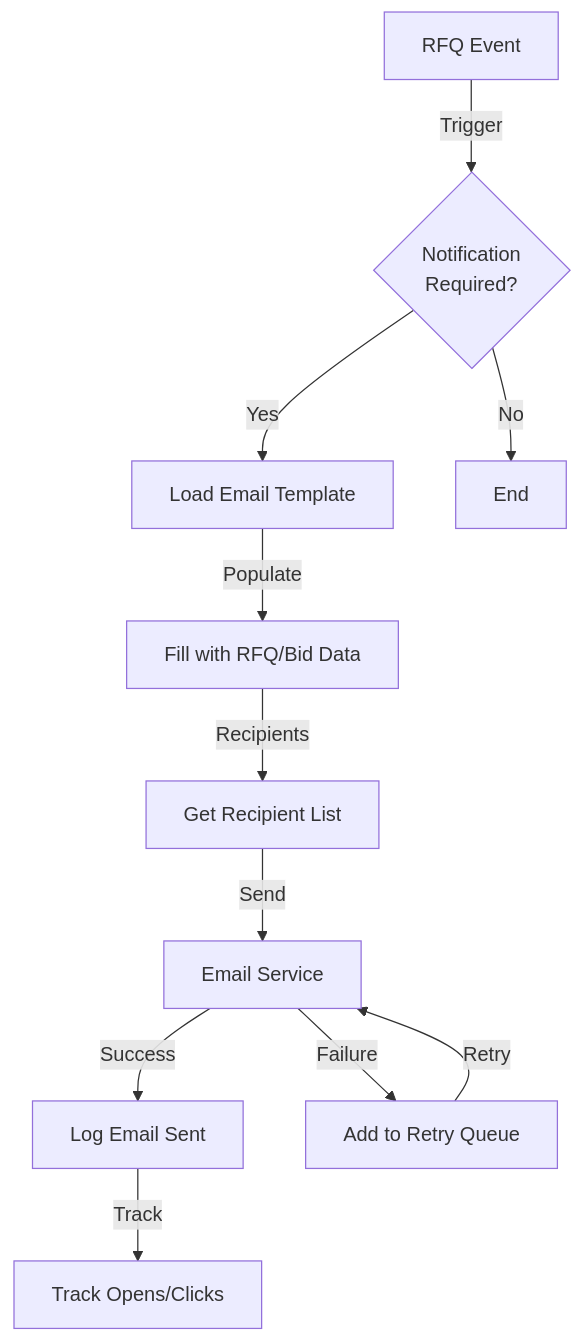
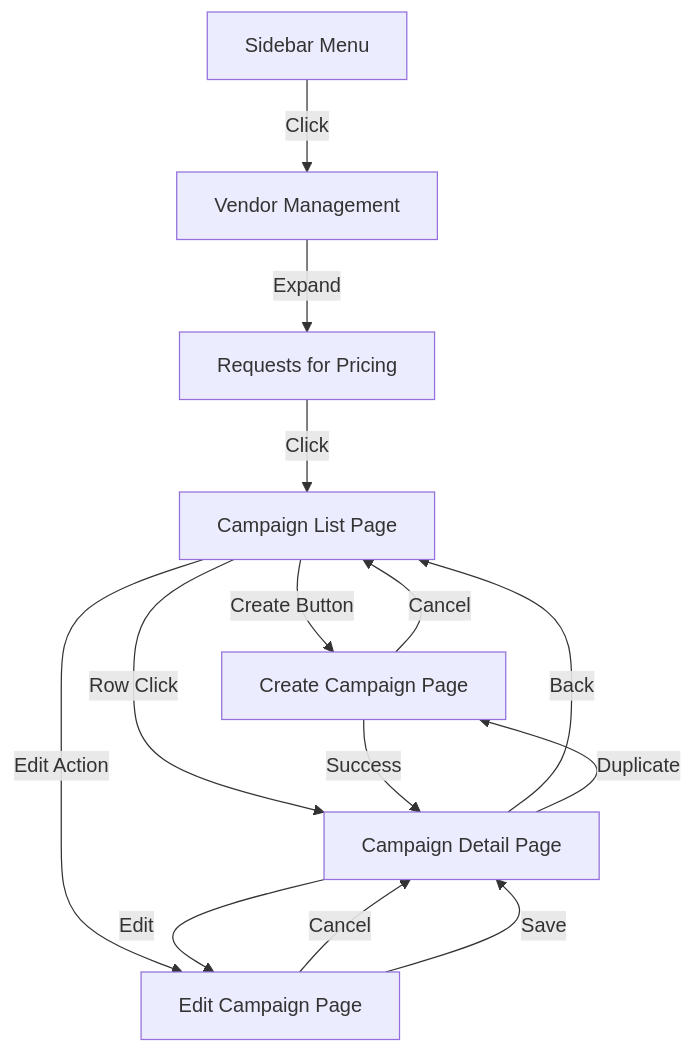
One commit to CarmenSoftware-organization/carmen changed diagram 12 of 23 in docs/app/vendor-management/requests-for-pricing/FD-requests-for-pricing.md. Above: the diagram before and after it, drawn with Mermaid. The commit also changed other lines of this file and 1788 other files, not shown here.

````diff
--- a/docs/app/vendor-management/requests-for-pricing/FD-requests-for-pricing.md
+++ b/docs/app/vendor-management/requests-for-pricing/FD-requests-for-pricing.md
@@ -1760,13 +460,20 @@
 ```mermaid
-graph TD
-    Event[RFQ Event] -->|Trigger| CheckNotification{Notification<br/>Required?}
-    CheckNotification -->|Yes| LoadTemplate[Load Email Template]
-    LoadTemplate -->|Populate| FillData[Fill with RFQ/Bid Data]
-    FillData -->|Recipients| GetRecipients[Get Recipient List]
-    GetRecipients -->|Send| EmailService[Email Service]
-    EmailService -->|Success| LogSent[Log Email Sent]
-    EmailService -->|Failure| RetryQueue[Add to Retry Queue]
-    RetryQueue -->|Retry| EmailService
-    LogSent -->|Track| TrackOpens[Track Opens/Clicks]
-    CheckNotification -->|No| End[End]
+flowchart TD
+    Sidebar[Sidebar Menu] -->|Click| VendorMgmt[Vendor Management]
+    VendorMgmt -->|Expand| RFPLink[Requests for Pricing]
+    RFPLink -->|Click| ListPage[Campaign List Page]
+
+    ListPage -->|Create Button| CreatePage[Create Campaign Page]
+    ListPage -->|Row Click| DetailPage[Campaign Detail Page]
+    ListPage -->|Edit Action| EditPage[Edit Campaign Page]
+
+    CreatePage -->|Cancel| ListPage
+    CreatePage -->|Success| DetailPage
+
+    DetailPage -->|Back| ListPage
+    DetailPage -->|Duplicate| CreatePage
+    DetailPage -->|Edit| EditPage
+
+    EditPage -->|Cancel| DetailPage
+    EditPage -->|Save| DetailPage
 ```
````
